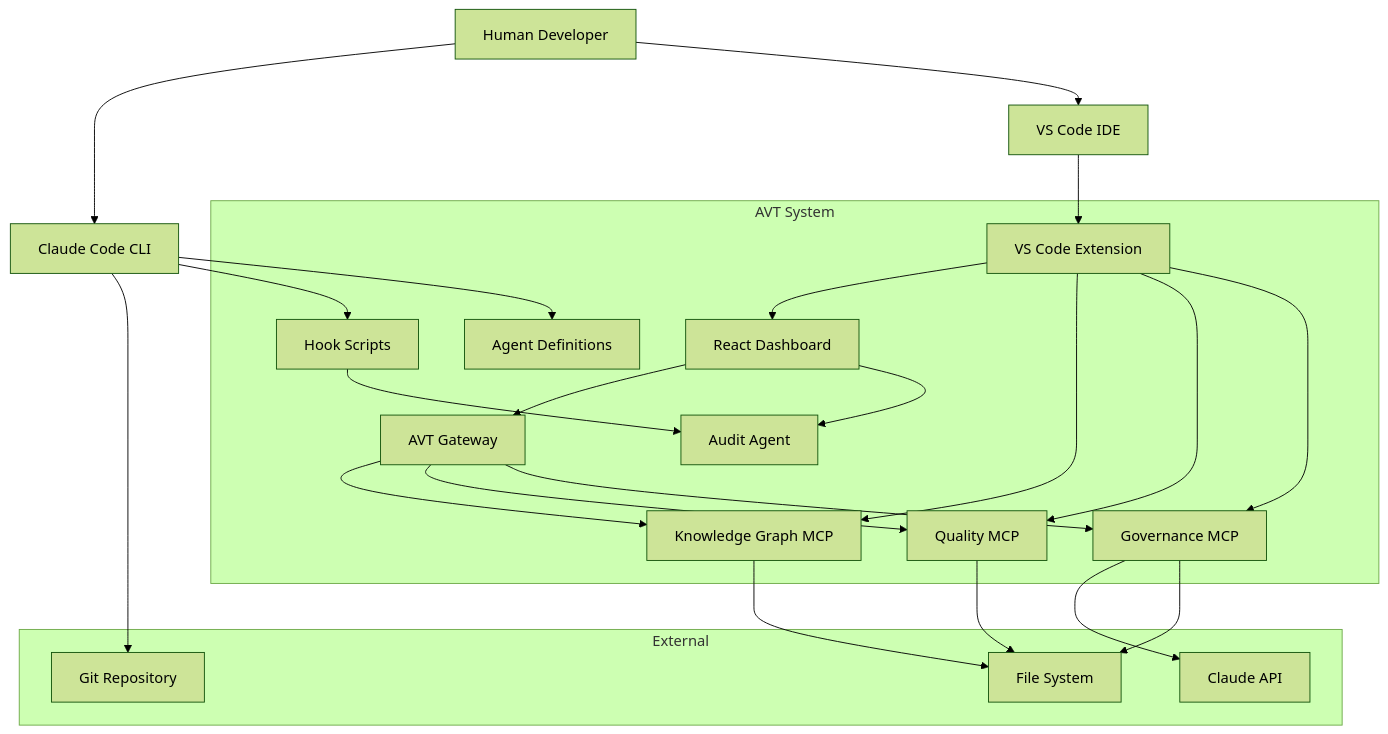
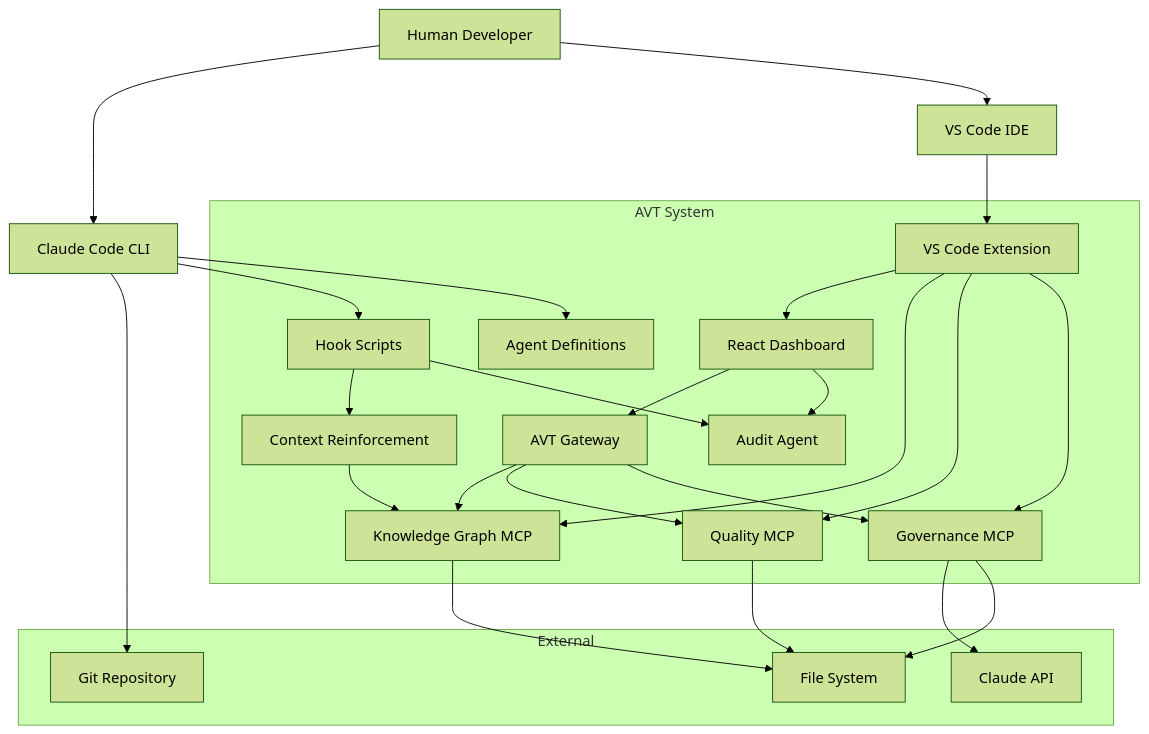
One commit to sirfifer/agent-vision-team changed the first of 2 diagrams in docs/architecture/overview.md. Above: the diagram before and after it, drawn with Mermaid (forest theme). The commit also changed other lines of this file and 12 other files, not shown here.

Commit message:
feat: introduce audit agent for system health monitoring and context reinforcement for agent alignment, updating architecture, documentation, and dashboard components.

````diff
--- a/docs/architecture/overview.md
+++ b/docs/architecture/overview.md
@@ -9,47 +9,50 @@
 ```mermaid
 graph TB
     Human[Human Developer]
     CC[Claude Code CLI]
     VSCode[VS Code IDE]
 
     Human --> CC
     Human --> VSCode
 
     subgraph AVT System
         Ext[VS Code Extension]
         GW[AVT Gateway]
         Dashboard[React Dashboard]
         KG[Knowledge Graph MCP]
         QS[Quality MCP]
         GOV[Governance MCP]
         Hooks[Hook Scripts]
         Agents[Agent Definitions]
+        CR[Context Reinforcement]
         Audit[Audit Agent]
     end
 
     CC --> Hooks
     CC --> Agents
     VSCode --> Ext
     Ext --> Dashboard
     Ext --> KG
     Ext --> QS
     Ext --> GOV
     GW --> KG
     GW --> QS
     GW --> GOV
     Dashboard --> GW
+    Hooks --> CR
     Hooks --> Audit
+    CR --> KG
     Dashboard --> Audit
 
     subgraph External
         Git[Git Repository]
         LLM[Claude API]
         FS[File System]
     end
 
     CC --> Git
     GOV --> LLM
     KG --> FS
     GOV --> FS
     QS --> FS
 ```
````
